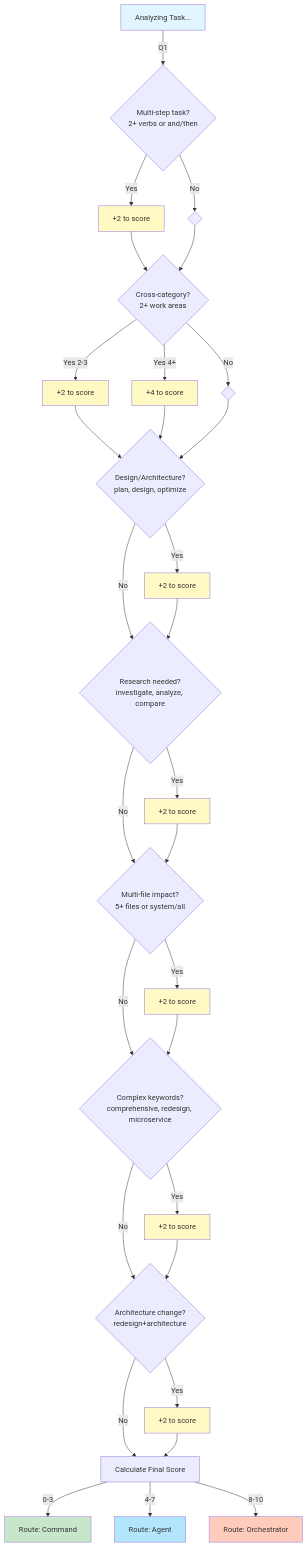
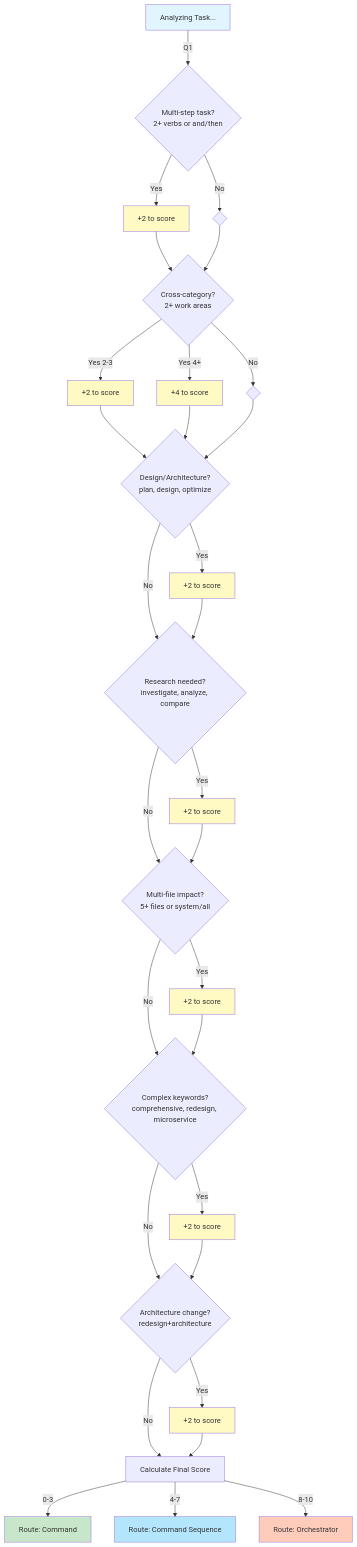
The eighth of 8 diagrams in docs/guide/complexity-scoring-algorithm.md (Data-Wise/craft), drawn with Mermaid before and after one commit. The commit also changed other lines of this file and 51 other files, not shown here.

````diff
--- a/docs/guide/complexity-scoring-algorithm.md
+++ b/docs/guide/complexity-scoring-algorithm.md
@@ -447,54 +449,54 @@
 ```mermaid
 flowchart TD
     A["Analyzing Task..."] -->|Q1| B{"Multi-step task?<br/>2+ verbs or and/then"}
     B -->|Yes| C["+2 to score"]
     B -->|No| D{" "}
 
     C --> E{"Cross-category?<br/>2+ work areas"}
     D --> E
 
     E -->|Yes 2-3| F["+2 to score"]
     E -->|Yes 4+| G["+4 to score"]
     E -->|No| H{" "}
 
     F --> I{"Design/Architecture?<br/>plan, design, optimize"}
     G --> I
     H --> I
 
     I -->|Yes| J["+2 to score"]
     I -->|No| K{"Research needed?<br/>investigate, analyze, compare"}
 
     J --> K
     K -->|Yes| L["+2 to score"]
     K -->|No| M{"Multi-file impact?<br/>5+ files or system/all"}
 
     L --> M
     M -->|Yes| N["+2 to score"]
     M -->|No| O{"Complex keywords?<br/>comprehensive, redesign, microservice"}
 
     N --> O
     O -->|Yes| P["+2 to score"]
     O -->|No| Q{"Architecture change?<br/>redesign+architecture"}
 
     P --> Q
     Q -->|Yes| R["+2 to score"]
     Q -->|No| S["Calculate Final Score"]
 
     R --> S
     S -->|0-3| T["Route: Command"]
-    S -->|4-7| U["Route: Agent"]
+    S -->|4-7| U["Route: Command Sequence"]
     S -->|8-10| V["Route: Orchestrator"]
 
     style A fill:#e1f5ff
     style C fill:#fff9c4
     style F fill:#fff9c4
     style G fill:#fff9c4
     style J fill:#fff9c4
     style L fill:#fff9c4
     style N fill:#fff9c4
     style P fill:#fff9c4
     style R fill:#fff9c4
     style T fill:#c8e6c9
     style U fill:#b3e5fc
     style V fill:#ffccbc
 ```
````
